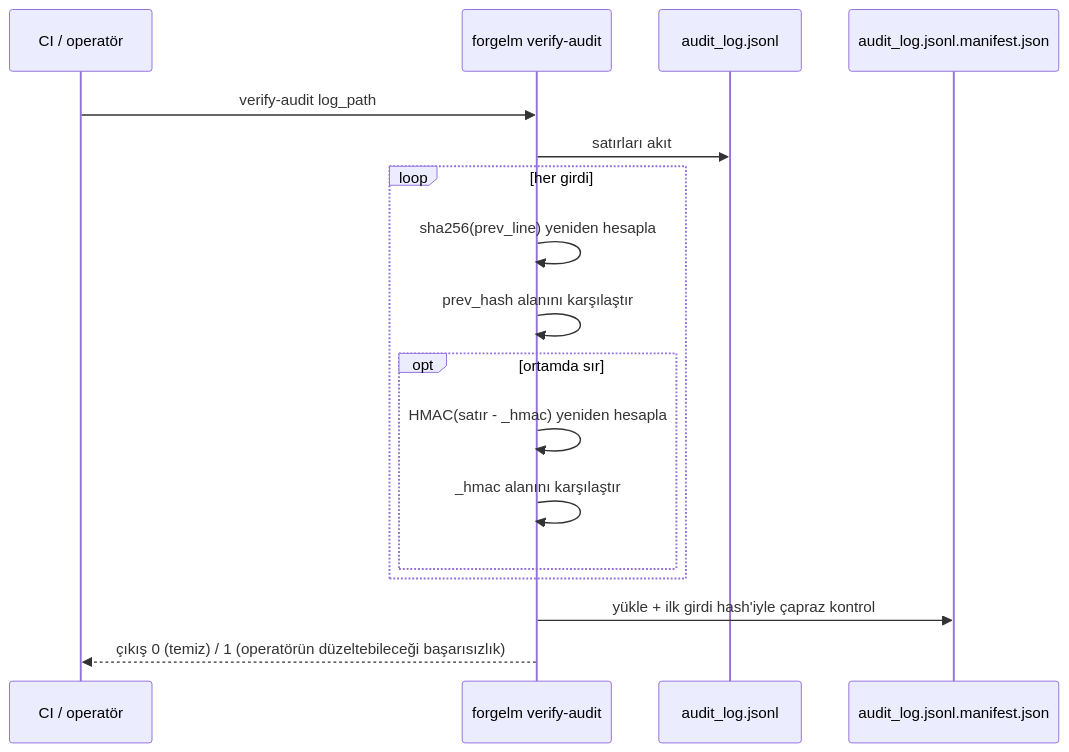
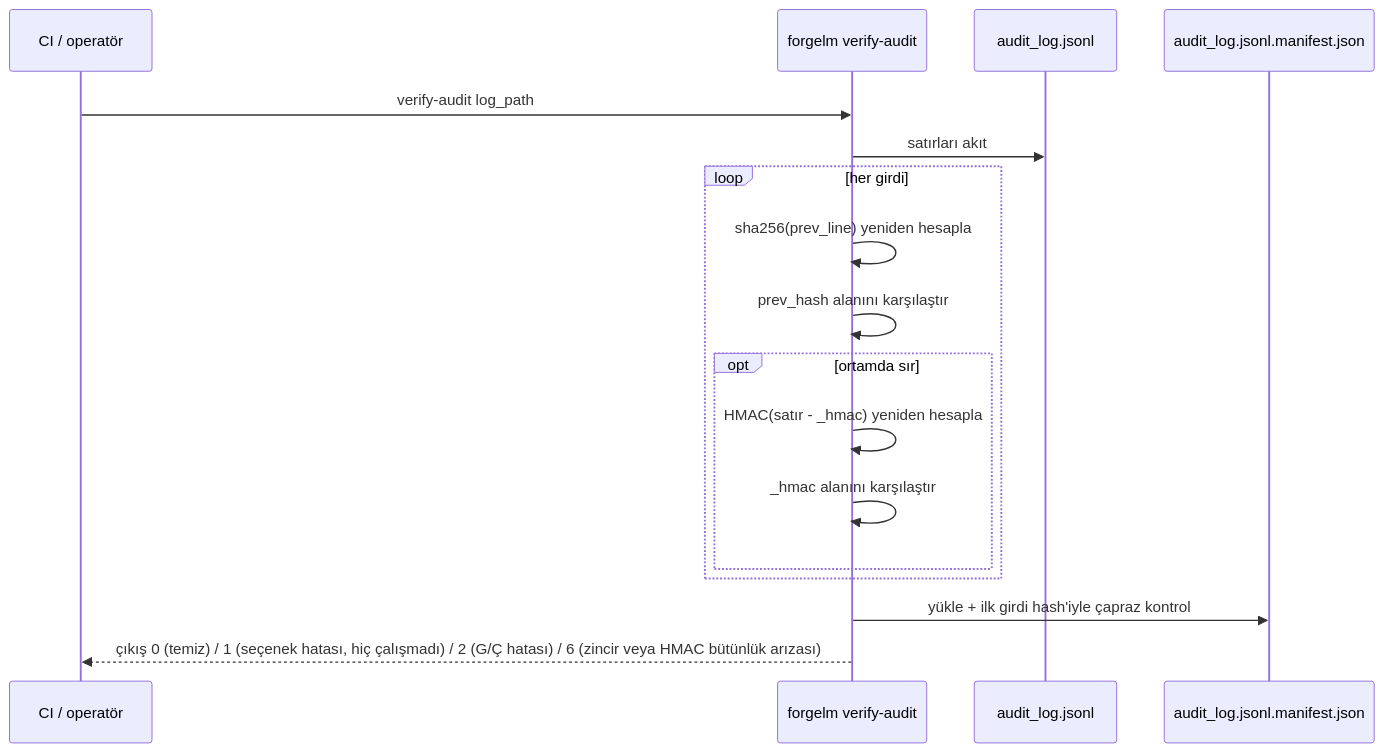
One commit to HodeTech/ForgeLM changed the diagram in docs/usermanuals/tr/compliance/verify-audit.md. Above: the diagram before and after it, drawn with Mermaid. The commit also changed other lines of this file and 63 other files, not shown here.

````diff
--- a/docs/usermanuals/tr/compliance/verify-audit.md
+++ b/docs/usermanuals/tr/compliance/verify-audit.md
@@ -19,20 +19,20 @@
 ```mermaid
 sequenceDiagram
     participant CI as CI / operatör
     participant Verify as forgelm verify-audit
     participant Log as audit_log.jsonl
     participant Manifest as audit_log.jsonl.manifest.json
 
     CI->>Verify: verify-audit log_path
     Verify->>Log: satırları akıt
     loop her girdi
         Verify->>Verify: sha256(prev_line) yeniden hesapla
         Verify->>Verify: prev_hash alanını karşılaştır
         opt ortamda sır
             Verify->>Verify: HMAC(satır - _hmac) yeniden hesapla
             Verify->>Verify: _hmac alanını karşılaştır
         end
     end
     Verify->>Manifest: yükle + ilk girdi hash'iyle çapraz kontrol
-    Verify-->>CI: çıkış 0 (temiz) / 1 (operatörün düzeltebileceği başarısızlık)
+    Verify-->>CI: çıkış 0 (temiz) / 1 (seçenek hatası, hiç çalışmadı) / 2 (G/Ç hatası) / 6 (zincir veya HMAC bütünlük arızası)
 ```
````
